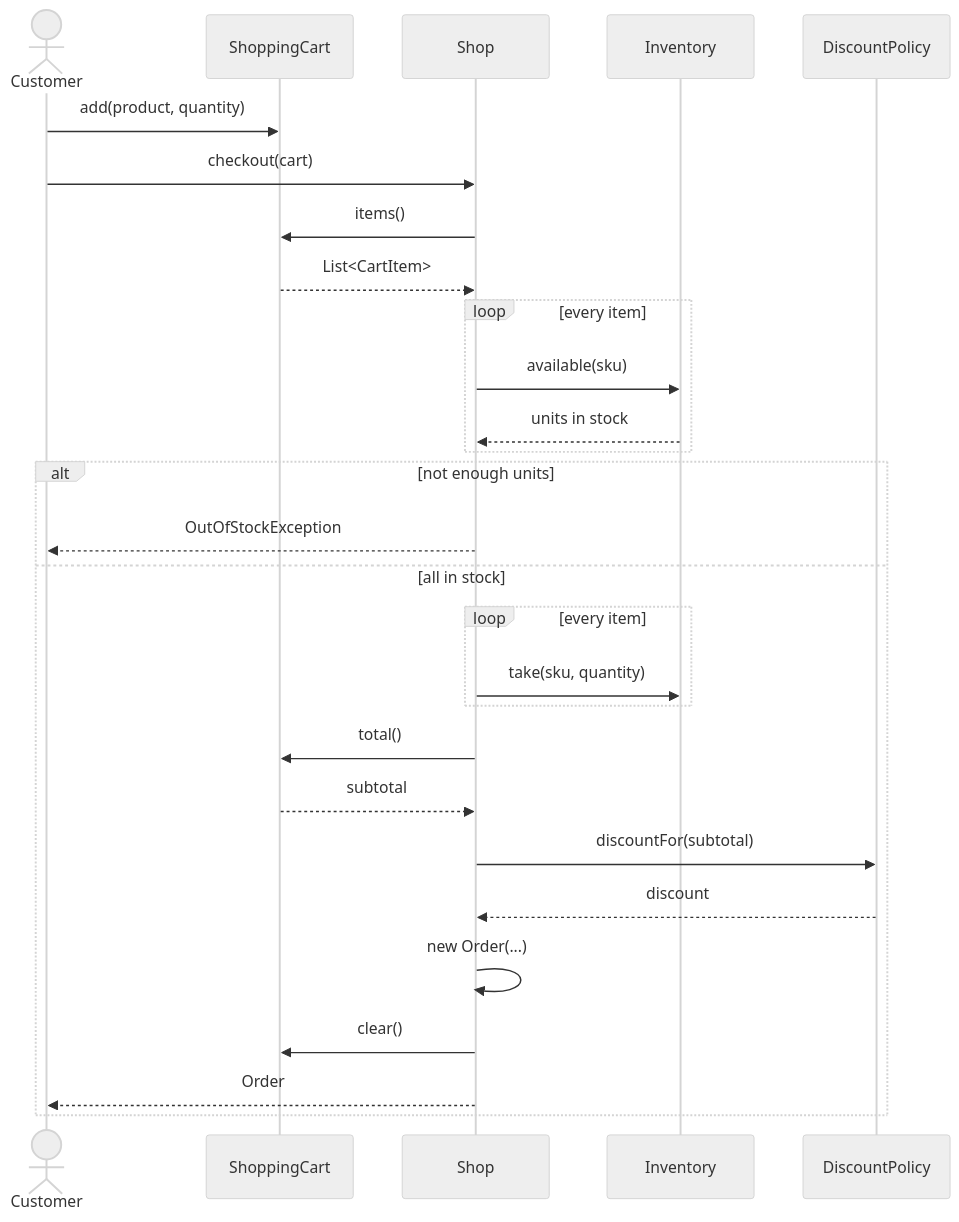
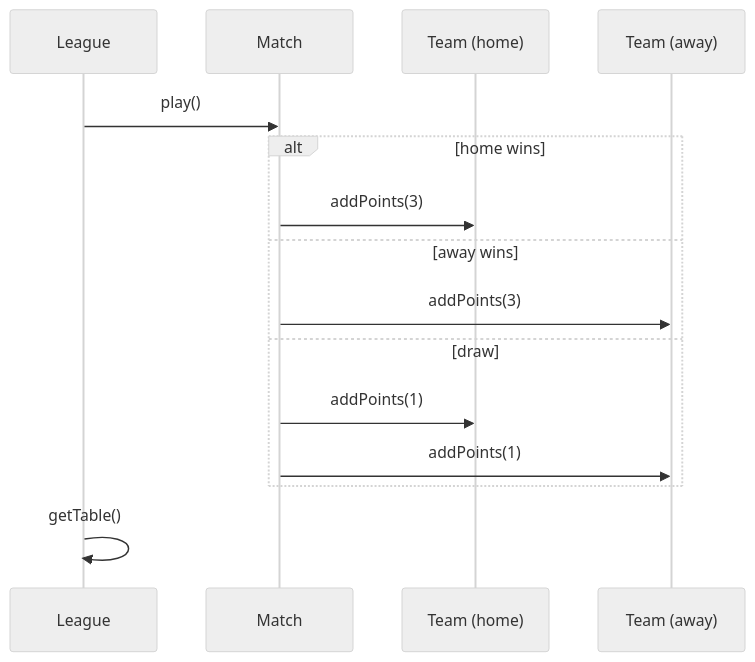
Before and after one commit to FaziSPB/laboratories3: the second of 2 diagrams in lista1/zadanie7/README.md, drawn with Mermaid (neutral theme). The commit also changed other lines of this file and 18 other files, not shown here.

Commit message:
Task 7: replace shop with a minimal football league (3 classes)

````diff
--- a/lista1/zadanie7/README.md
+++ b/lista1/zadanie7/README.md
@@ -151,33 +71,18 @@
 ```mermaid
 sequenceDiagram
-    actor Customer
-    participant Cart as ShoppingCart
-    participant Shop
-    participant Inv as Inventory
-    participant Policy as DiscountPolicy
+    participant League
+    participant Match
+    participant Home as Team (home)
+    participant Away as Team (away)
 
-    Customer->>Cart: add(product, quantity)
-    Customer->>Shop: checkout(cart)
-    Shop->>Cart: items()
-    Cart-->>Shop: List<CartItem>
-
-    loop every item
-        Shop->>Inv: available(sku)
-        Inv-->>Shop: units in stock
+    League->>Match: play()
+    alt home wins
+        Match->>Home: addPoints(3)
+    else away wins
+        Match->>Away: addPoints(3)
+    else draw
+        Match->>Home: addPoints(1)
+        Match->>Away: addPoints(1)
     end
-
-    alt not enough units
-        Shop-->>Customer: OutOfStockException
-    else all in stock
-        loop every item
-            Shop->>Inv: take(sku, quantity)
-        end
-        Shop->>Cart: total()
-        Cart-->>Shop: subtotal
-        Shop->>Policy: discountFor(subtotal)
-        Policy-->>Shop: discount
-        Shop->>Shop: new Order(...)
-        Shop->>Cart: clear()
-        Shop-->>Customer: Order
-    end
+    League->>League: getTable()
 ```
````
